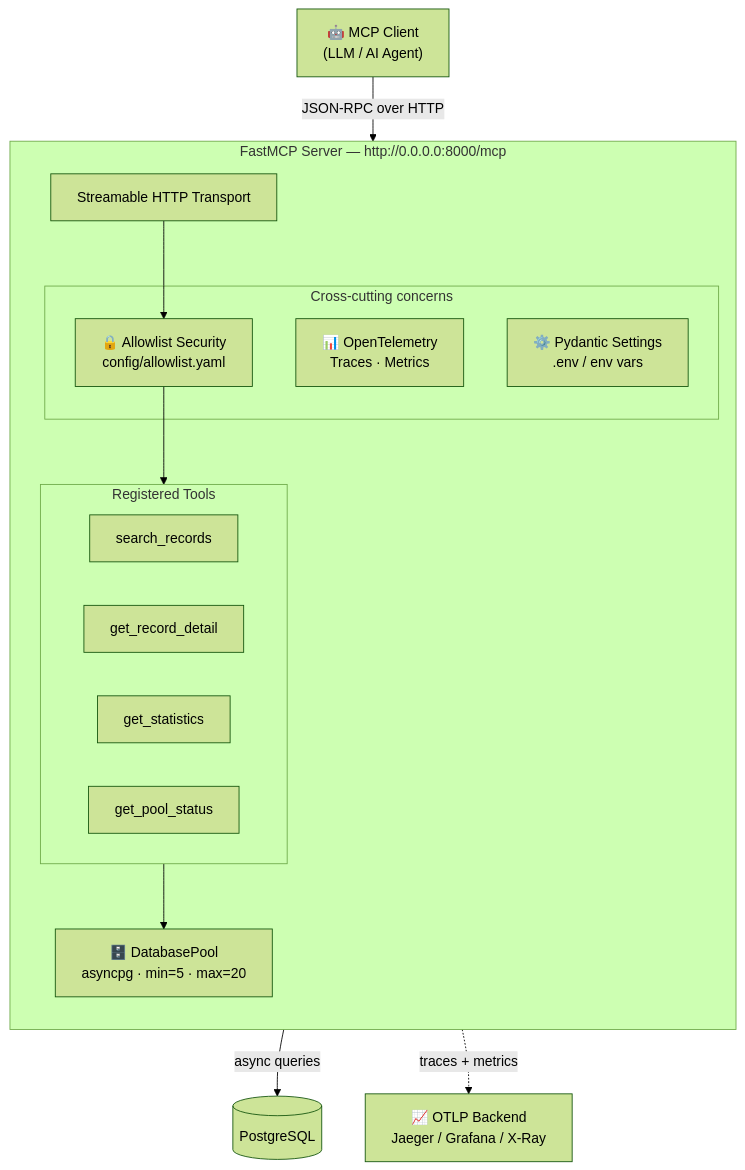
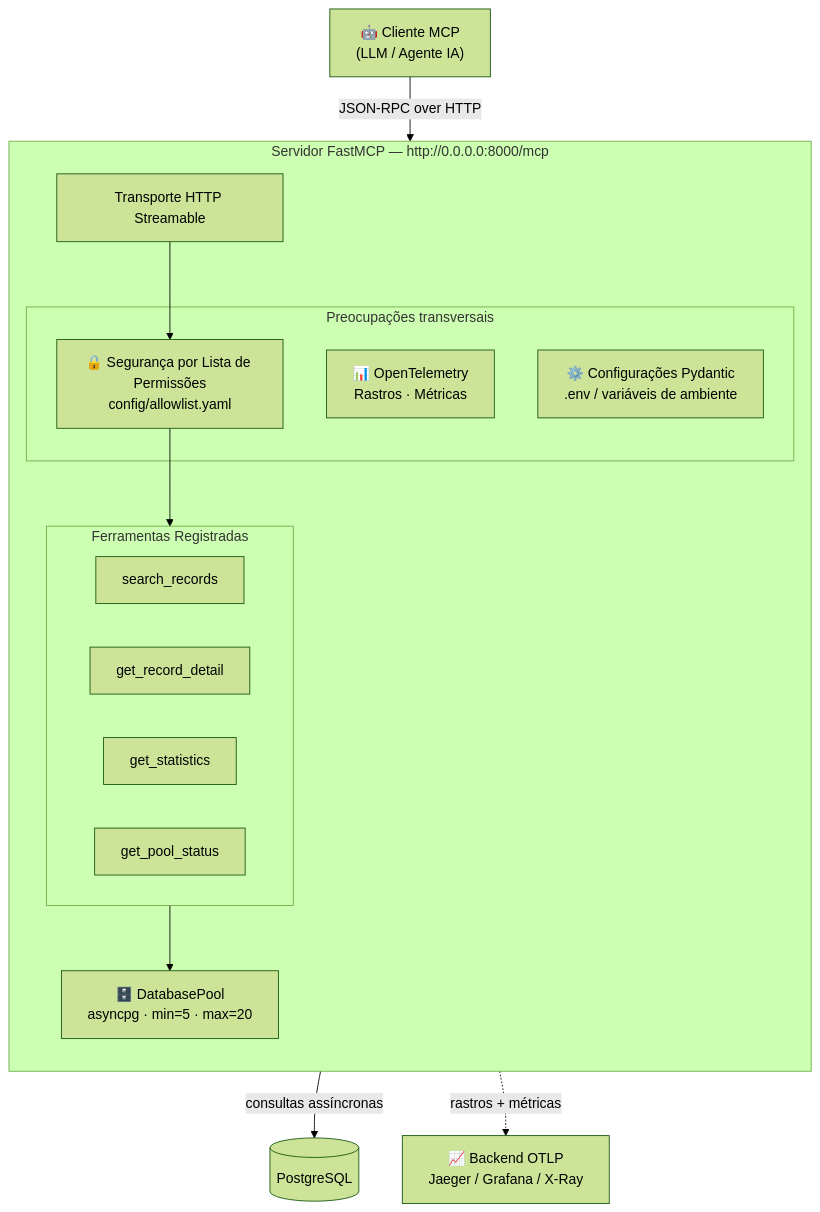
The first of 8 diagrams in README.md (jrhumberto/fastmcp-public-service), drawn with Mermaid (forest theme) before and after one commit. The commit also changed other lines of this file, not shown here.

````diff
--- a/README.md
+++ b/README.md
@@ -115,34 +162,34 @@
 ```mermaid
 graph TD
-    Client["🤖 MCP Client<br/>(LLM / AI Agent)"]
+    Client["🤖 Cliente MCP<br/>(LLM / Agente IA)"]
 
-    subgraph Server["FastMCP Server  —  http://0.0.0.0:8000/mcp"]
+    subgraph Server["Servidor FastMCP  —  http://0.0.0.0:8000/mcp"]
         direction TB
-        Transport["Streamable HTTP Transport"]
+        Transport["Transporte HTTP Streamable"]
 
-        subgraph Middleware["Cross-cutting concerns"]
-            Allowlist["🔒 Allowlist Security<br/>config/allowlist.yaml"]
-            OTel["📊 OpenTelemetry<br/>Traces · Metrics"]
-            Settings["⚙️ Pydantic Settings<br/>.env / env vars"]
+        subgraph Middleware["Preocupações transversais"]
+            Allowlist["🔒 Segurança por Lista de Permissões<br/>config/allowlist.yaml"]
+            OTel["📊 OpenTelemetry<br/>Rastros · Métricas"]
+            Settings["⚙️ Configurações Pydantic<br/>.env / variáveis de ambiente"]
         end
 
-        subgraph Tools["Registered Tools"]
+        subgraph Tools["Ferramentas Registradas"]
             T1["search_records"]
             T2["get_record_detail"]
             T3["get_statistics"]
             T4["get_pool_status"]
         end
 
         Pool["🗄️ DatabasePool<br/>asyncpg · min=5 · max=20"]
     end
 
     DB[("PostgreSQL")]
-    OTelBackend["📈 OTLP Backend<br/>Jaeger / Grafana / X-Ray"]
+    OTelBackend["📈 Backend OTLP<br/>Jaeger / Grafana / X-Ray"]
 
     Client -->|"JSON-RPC over HTTP"| Transport
     Transport --> Allowlist
     Allowlist --> Tools
     Tools --> Pool
-    Pool -->|"async queries"| DB
-    OTel -.->|"traces + metrics"| OTelBackend
+    Pool -->|"consultas assíncronas"| DB
+    OTel -.->|"rastros + métricas"| OTelBackend
 ```
````
